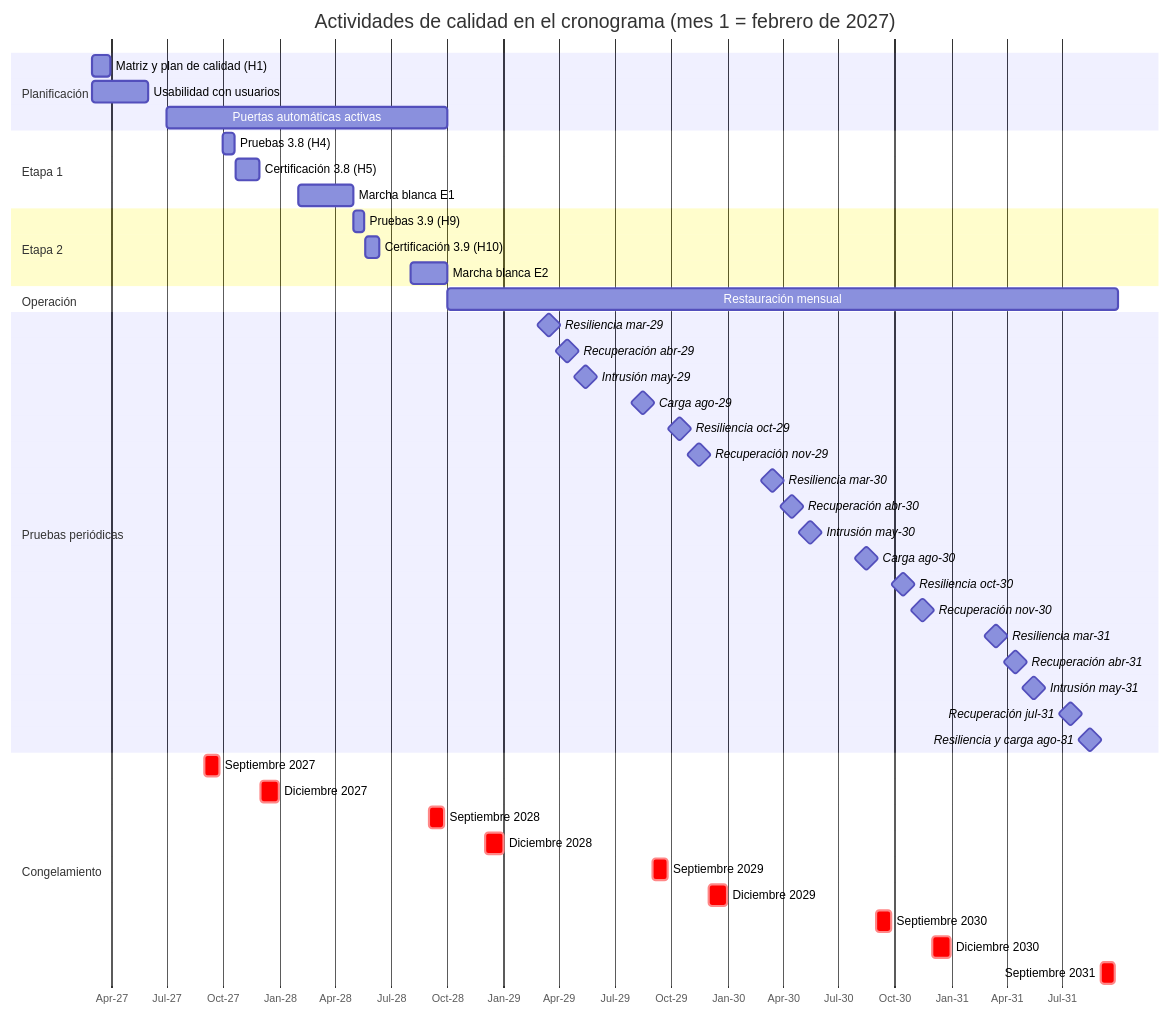
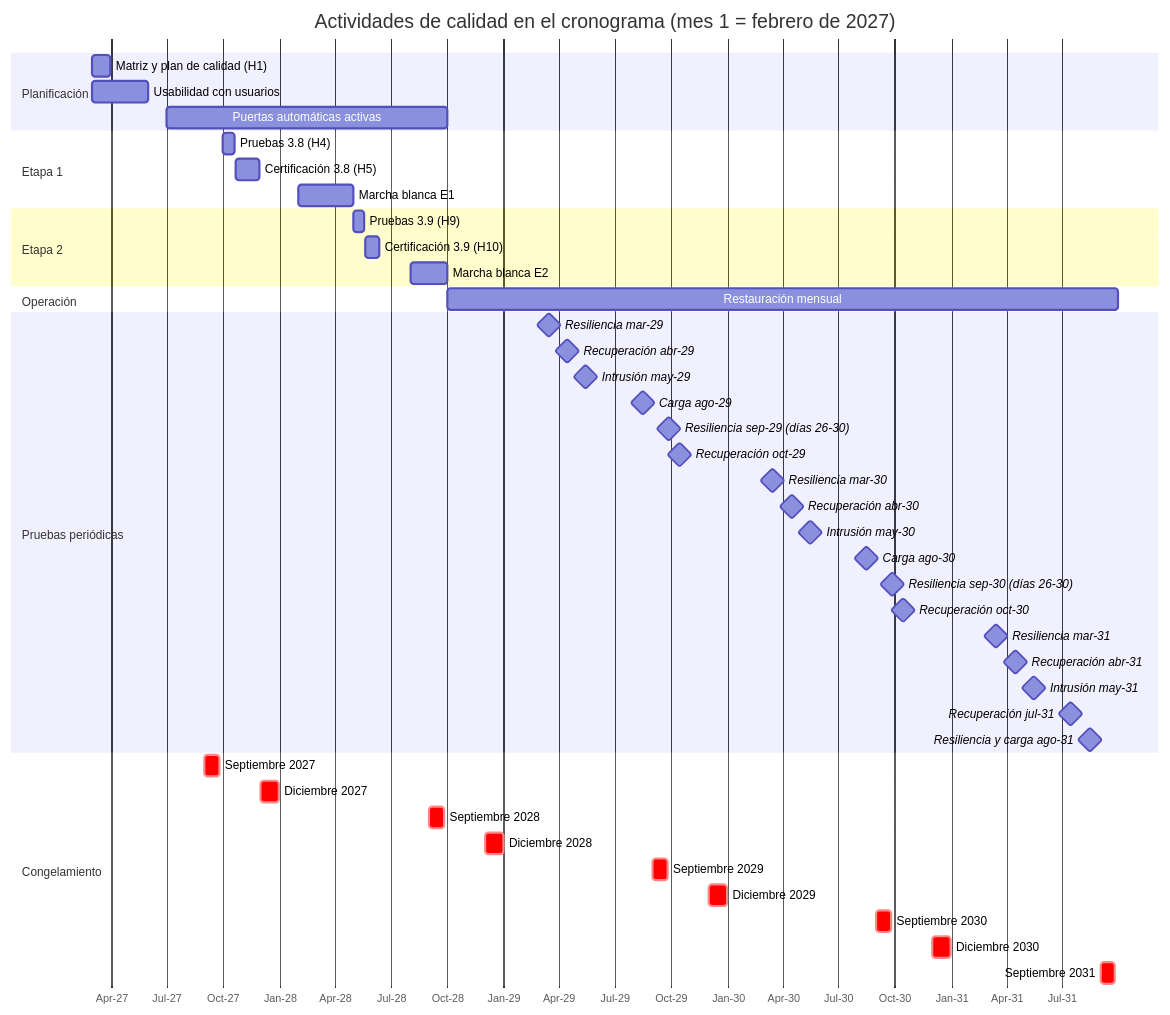
The ninth of 10 diagrams in 09_plan_calidad/LAFROX-Subdocumento9.md (PatricioH315/LafroX), drawn with Mermaid before and after one commit. The commit also changed other lines of this file and 11 other files, not shown here.

````diff
--- a/09_plan_calidad/LAFROX-Subdocumento9.md
+++ b/09_plan_calidad/LAFROX-Subdocumento9.md
@@ -420,48 +421,48 @@
 ```mermaid
 gantt
     title Actividades de calidad en el cronograma (mes 1 = febrero de 2027)
     dateFormat YYYY-MM-DD
     axisFormat %b-%y
     section Planificación
     Matriz y plan de calidad (H1)          :2027-03-01, 2027-03-31
     Usabilidad con usuarios                :2027-03-01, 2027-05-31
     Puertas automáticas activas            :2027-07-01, 2028-09-30
     section Etapa 1
     Pruebas 3.8 (H4)                       :2027-10-01, 2027-10-20
     Certificación 3.8 (H5)                 :2027-10-21, 2027-11-29
     Marcha blanca E1                       :2028-02-01, 2028-04-30
     section Etapa 2
     Pruebas 3.9 (H9)                       :2028-05-01, 2028-05-18
     Certificación 3.9 (H10)                :2028-05-19, 2028-06-12
     Marcha blanca E2                       :2028-08-01, 2028-09-30
     section Operación
     Restauración mensual                   :2028-10-01, 2031-09-30
     section Pruebas periódicas
     Resiliencia mar-29                     :milestone, 2029-03-15, 0d
     Recuperación abr-29                    :milestone, 2029-04-15, 0d
     Intrusión may-29                       :milestone, 2029-05-15, 0d
     Carga ago-29                           :milestone, 2029-08-15, 0d
-    Resiliencia oct-29                     :milestone, 2029-10-15, 0d
-    Recuperación nov-29                    :milestone, 2029-11-15, 0d
+    Resiliencia sep-29 (días 26-30)        :milestone, 2029-09-27, 0d
+    Recuperación oct-29                    :milestone, 2029-10-15, 0d
     Resiliencia mar-30                     :milestone, 2030-03-15, 0d
     Recuperación abr-30                    :milestone, 2030-04-15, 0d
     Intrusión may-30                       :milestone, 2030-05-15, 0d
     Carga ago-30                           :milestone, 2030-08-15, 0d
-    Resiliencia oct-30                     :milestone, 2030-10-15, 0d
-    Recuperación nov-30                    :milestone, 2030-11-15, 0d
+    Resiliencia sep-30 (días 26-30)        :milestone, 2030-09-27, 0d
+    Recuperación oct-30                    :milestone, 2030-10-15, 0d
     Resiliencia mar-31                     :milestone, 2031-03-15, 0d
     Recuperación abr-31                    :milestone, 2031-04-15, 0d
     Intrusión may-31                       :milestone, 2031-05-15, 0d
     Recuperación jul-31                    :milestone, 2031-07-15, 0d
     Resiliencia y carga ago-31             :milestone, 2031-08-15, 0d
     section Congelamiento
     Septiembre 2027                        :crit, 2027-09-01, 2027-09-25
     Diciembre 2027                         :crit, 2027-12-01, 2027-12-31
     Septiembre 2028                        :crit, 2028-09-01, 2028-09-25
     Diciembre 2028                         :crit, 2028-12-01, 2028-12-31
     Septiembre 2029                        :crit, 2029-09-01, 2029-09-25
     Diciembre 2029                         :crit, 2029-12-01, 2029-12-31
     Septiembre 2030                        :crit, 2030-09-01, 2030-09-25
     Diciembre 2030                         :crit, 2030-12-01, 2030-12-31
     Septiembre 2031                        :crit, 2031-09-01, 2031-09-25
 ```
````
